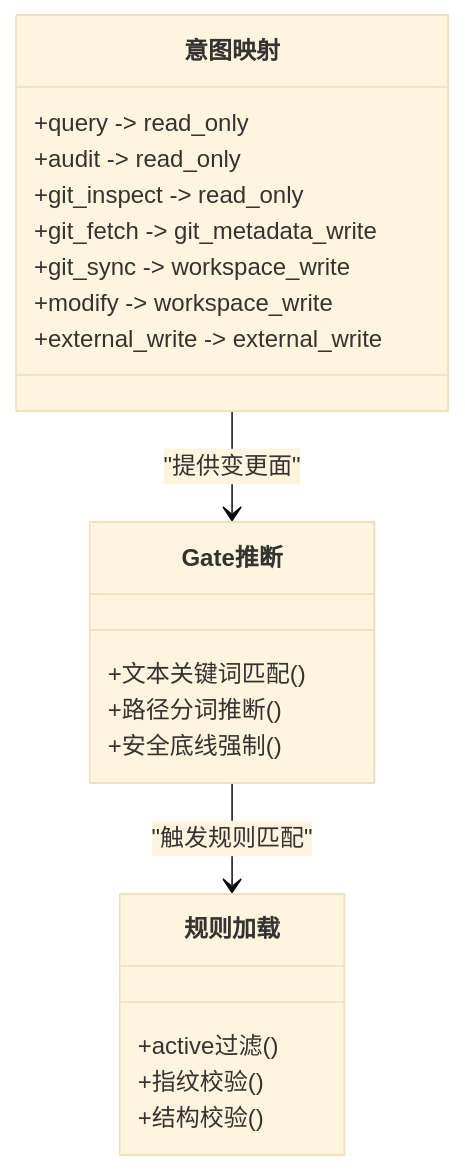
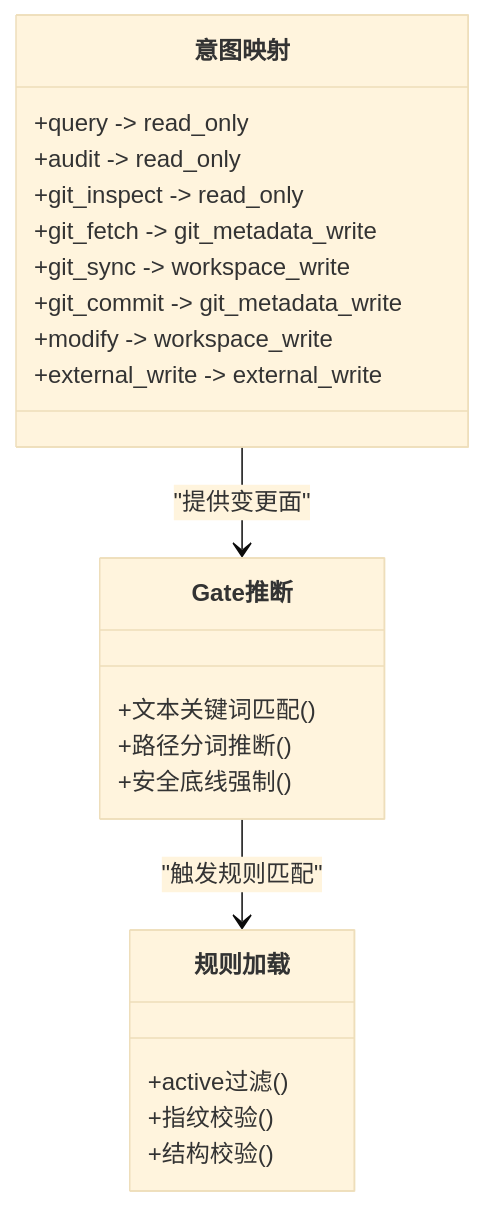
The fourth of 5 diagrams in .qoder/repowiki/zh/content/任务管理/意图编译系统/意图编译系统.md (HackSing/docs-harness), drawn with Mermaid (base theme) before and after one commit. The commit also changed other lines of this file and 26 other files, not shown here.

````diff
--- a/.qoder/repowiki/zh/content/任务管理/意图编译系统/意图编译系统.md
+++ b/.qoder/repowiki/zh/content/任务管理/意图编译系统/意图编译系统.md
@@ -175,24 +189,25 @@
 ```mermaid
 classDiagram
 class 意图映射 {
 +query -> read_only
 +audit -> read_only
 +git_inspect -> read_only
 +git_fetch -> git_metadata_write
 +git_sync -> workspace_write
++git_commit -> git_metadata_write
 +modify -> workspace_write
 +external_write -> external_write
 }
 class Gate推断 {
 +文本关键词匹配()
 +路径分词推断()
 +安全底线强制()
 }
 class 规则加载 {
 +active过滤()
 +指纹校验()
 +结构校验()
 }
 意图映射 --> Gate推断 : "提供变更面"
 Gate推断 --> 规则加载 : "触发规则匹配"
 ```
````
